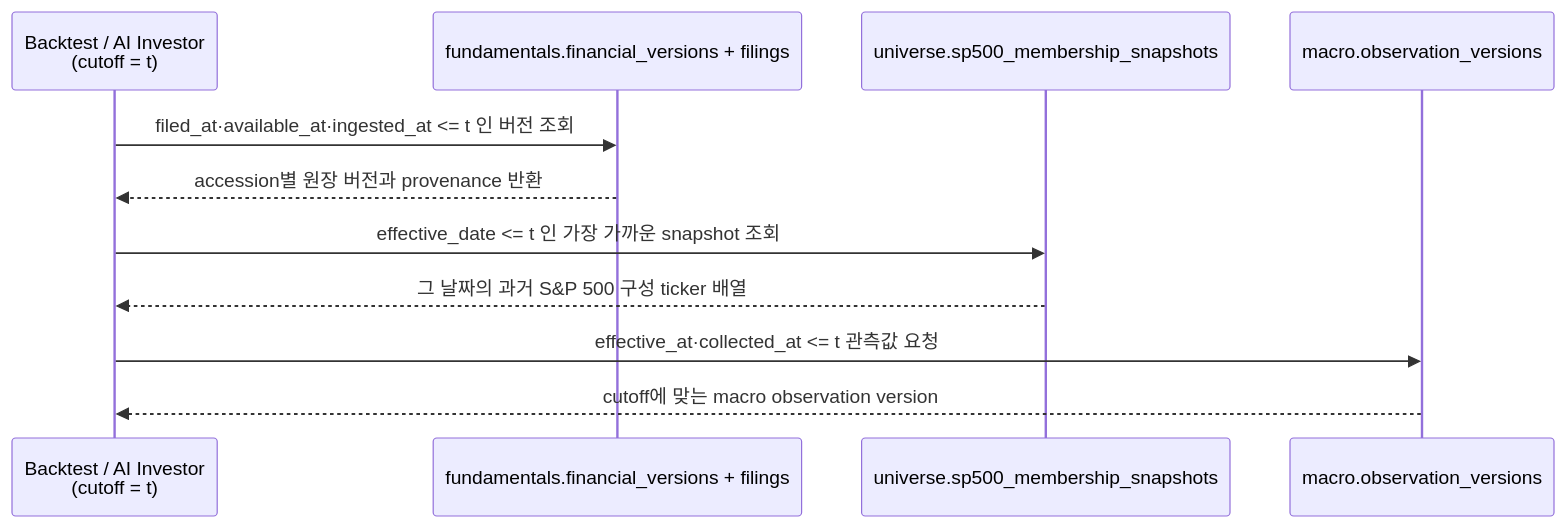
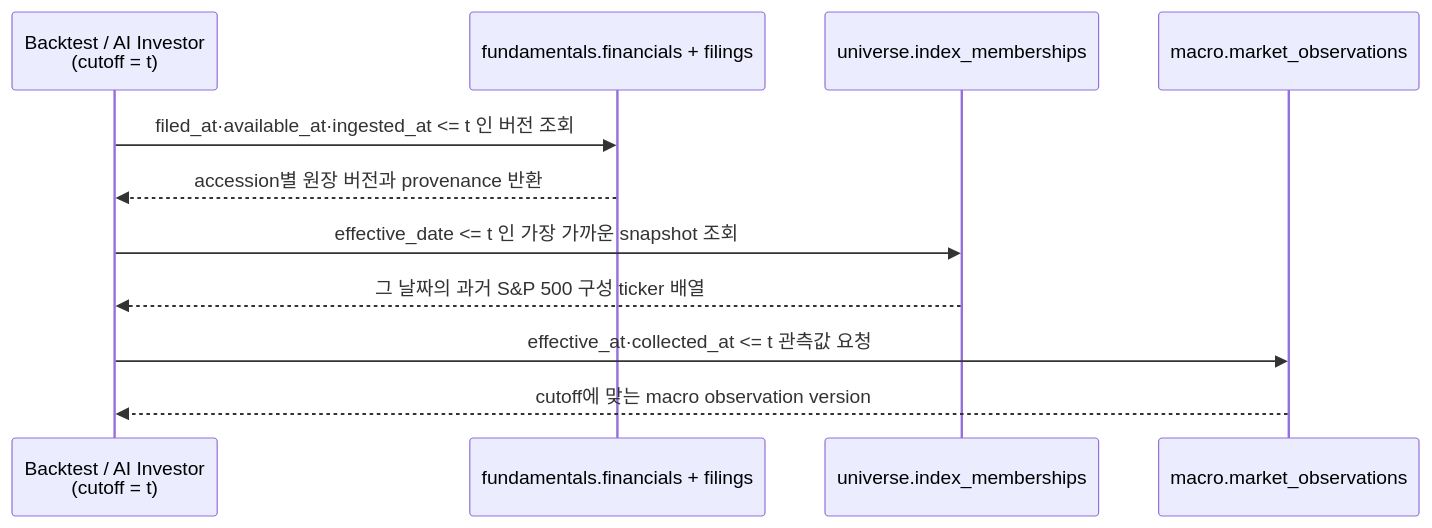
The second of 2 diagrams in docs/DATA.md (parkshinyoung0831/investment-agent), drawn with Mermaid before and after one commit. The commit also changed other lines of this file and 49 other files, not shown here.

````diff
--- a/docs/DATA.md
+++ b/docs/DATA.md
@@ -82,16 +82,16 @@
 ```mermaid
 sequenceDiagram
     participant C as Backtest / AI Investor<br/>(cutoff = t)
-    participant F as fundamentals.financial_versions + filings
-    participant U as universe.sp500_membership_snapshots
-    participant M as macro.observation_versions
+    participant F as fundamentals.financials + filings
+    participant U as universe.index_memberships
+    participant M as macro.market_observations
 
     C->>F: filed_at·available_at·ingested_at <= t 인 버전 조회
     F-->>C: accession별 원장 버전과 provenance 반환
 
     C->>U: effective_date <= t 인 가장 가까운 snapshot 조회
     U-->>C: 그 날짜의 과거 S&P 500 구성 ticker 배열
 
     C->>M: effective_at·collected_at <= t 관측값 요청
     M-->>C: cutoff에 맞는 macro observation version
 ```
````
